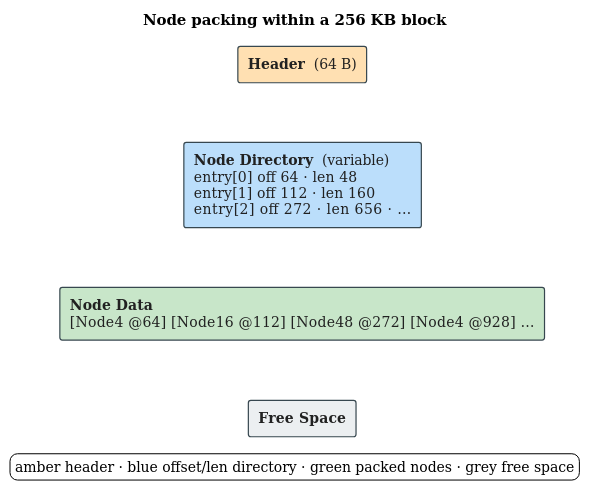
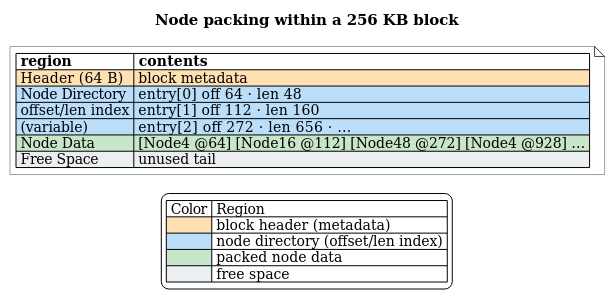
Before and after one commit to vinary-tree/libdictenstein: the diagram in docs/diagrams/src/part-block-layout.puml, drawn with PlantUML. The commit also changed 80 other files, not shown here.

First line of the commit message:
docs: diagram contiguity/swatch overhaul + persistence-doc correctness review

```diff
--- a/docs/diagrams/src/part-block-layout.puml
+++ b/docs/diagrams/src/part-block-layout.puml
@@ -1,36 +1,45 @@
 @startuml part-block-layout
 ' ============================================================================
 ' part-block-layout.puml — how nodes are packed within a 256 KB block:
 ' header · node directory (offset/len entries) · node data · free space.
 ' Source: docs/theory/disk-tries/04-persistent-art.md, § Block Layout.
+' Drawn as a CONTIGUOUS colored region table (region + contents columns) hosted in
+' a floating note; rows share borders (no gaps). Full-cell color via Creole |<#hex>|
+' cells. The variable-length directory detail is split across adjacent same-color
+' rows (Creole cells do not support in-cell line breaks).
 ' Color key:  amber #FFE0B2  block header (metadata)
 '             blue  #BBDEFB  node directory (offset/len index)
 '             green #C8E6C9  node data (the packed node payloads)
 '             grey  #ECEFF1  free space
 ' ============================================================================
 skinparam defaultFontSize 14
 skinparam shadowing false
 skinparam backgroundColor #FFFFFF
 skinparam defaultFontName "DejaVu Sans"
-skinparam rectangle {
+skinparam TitleFontSize 15
+skinparam noteFontSize 14
+skinparam note {
+  BackgroundColor #FFFFFF
   BorderColor #37474F
-  FontColor #212121
-  BorderThickness 1.2
 }
-skinparam TitleFontSize 15
 
 title Node packing within a 256 KB block
 
-rectangle "**Header**  (64 B)" as H #FFE0B2
-rectangle "**Node Directory**  (variable)\nentry[0]  off 64 · len 48\nentry[1]  off 112 · len 160\nentry[2]  off 272 · len 656   · …" as DIR #BBDEFB
-rectangle "**Node Data**\n[Node4 @64]  [Node16 @112]  [Node48 @272]  [Node4 @928]  …" as DATA #C8E6C9
-rectangle "**Free Space**" as F #ECEFF1
-
-H -[hidden]down- DIR
-DIR -[hidden]down- DATA
-DATA -[hidden]down- F
+note as BL
+|= region |= contents |
+|<#FFE0B2> Header  (64 B) |<#FFE0B2> block metadata |
+|<#BBDEFB> Node Directory |<#BBDEFB> entry[0]  off 64 · len 48 |
+|<#BBDEFB> offset/len index |<#BBDEFB> entry[1]  off 112 · len 160 |
+|<#BBDEFB> (variable) |<#BBDEFB> entry[2]  off 272 · len 656  · … |
+|<#C8E6C9> Node Data |<#C8E6C9> [Node4 @64] [Node16 @112] [Node48 @272] [Node4 @928] … |
+|<#ECEFF1> Free Space |<#ECEFF1> unused tail |
+end note
 
 legend bottom
-  amber header · blue offset/len directory · green packed nodes · grey free space
+| Color | Region |
+|<#FFE0B2>| block header (metadata) |
+|<#BBDEFB>| node directory (offset/len index) |
+|<#C8E6C9>| packed node data |
+|<#ECEFF1>| free space |
 endlegend
 @enduml
```
